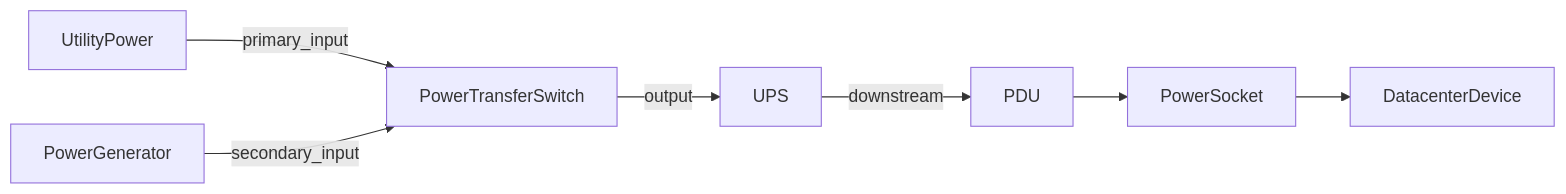
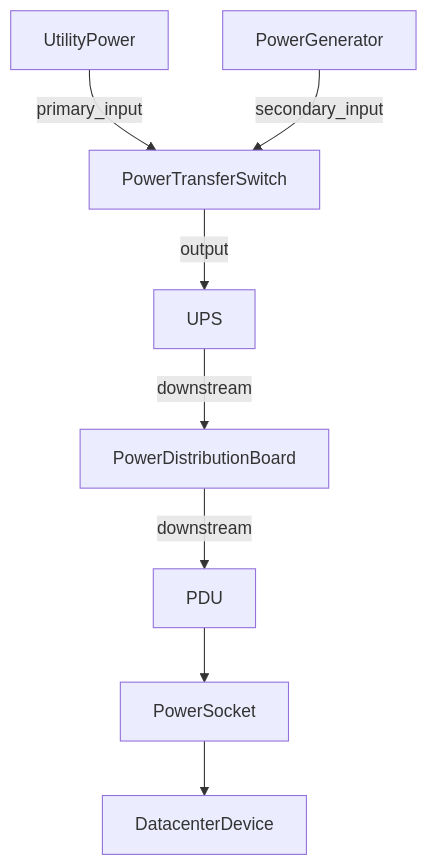
The diagram in README.md (rudnerbjoern/iTop-br-power-infrastructure), drawn with Mermaid before and after one commit. The commit also changed other lines of this file and 5 other files, not shown here.

Commit message:
add PowerDistributionBoard class

````diff
--- a/README.md
+++ b/README.md
@@ -328,17 +356,19 @@
 ```mermaid
-graph LR
+graph TD
     UtilityPower[UtilityPower]
     Generator[PowerGenerator]
     TransferSwitch[PowerTransferSwitch]
     UPS[UPS]
+    DistributionBoard[PowerDistributionBoard]
     PDU[PDU]
     Socket[PowerSocket]
     Device[DatacenterDevice]
 
     UtilityPower -->|primary_input| TransferSwitch
     Generator -->|secondary_input| TransferSwitch
     TransferSwitch -->|output| UPS
-    UPS -->|downstream| PDU
+    UPS -->|downstream| DistributionBoard
+    DistributionBoard -->|downstream| PDU
     PDU --> Socket
     Socket --> Device
 ```
````
